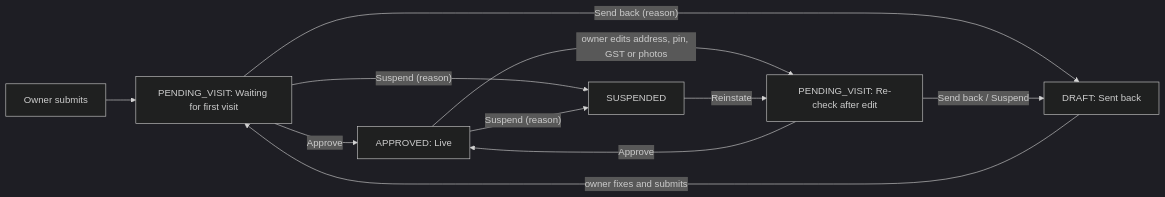
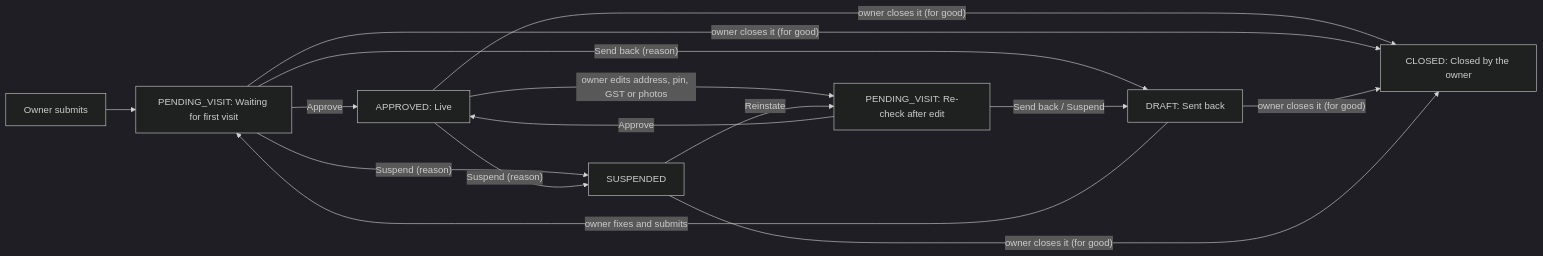
Before and after one commit to Premanshu-jha/apni-dukan-admin: the second of 2 diagrams in README.md, drawn with Mermaid (dark theme). The commit also changed other lines of this file and 3 other files, not shown here.

````diff
--- a/README.md
+++ b/README.md
@@ -102,13 +104,14 @@
 ```mermaid
 flowchart LR
   S["Owner submits"] --> FV["PENDING_VISIT: Waiting for first visit"]
   FV -- "Approve" --> L["APPROVED: Live"]
   FV -- "Send back (reason)" --> SB["DRAFT: Sent back"]
   SB -- "owner fixes and submits" --> FV
   FV -- "Suspend (reason)" --> SU["SUSPENDED"]
   L -- "owner edits address, pin, GST or photos" --> RC["PENDING_VISIT: Re-check after edit"]
   RC -- "Approve" --> L
   RC -- "Send back / Suspend" --> SB
   L -- "Suspend (reason)" --> SU
   SU -- "Reinstate" --> RC
+  L & FV & SB & SU -- "owner closes it (for good)" --> CL["CLOSED: Closed by the owner"]
 ```
````
